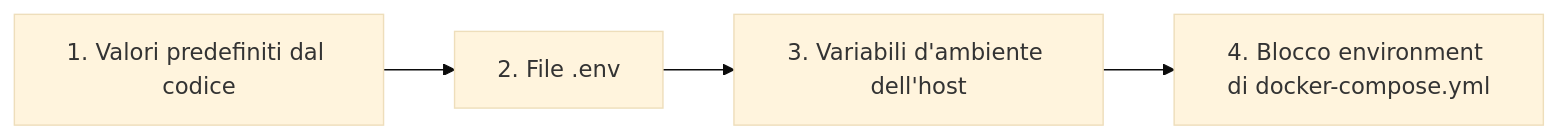
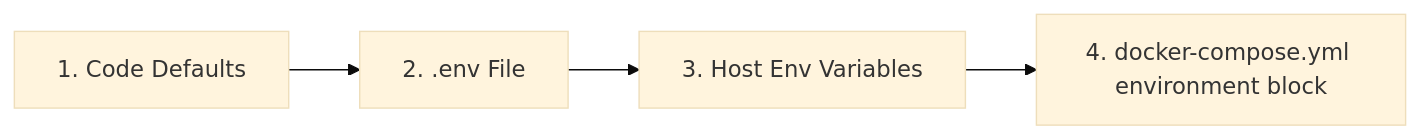
The diagram in mkdocs_src/docs/admin/docker_advanced.it.md (Librefolio/LibreFolio), drawn with Mermaid (base theme) before and after one commit. The commit also changed other lines of this file and 430 other files, not shown here.

````diff
--- a/mkdocs_src/docs/admin/docker_advanced.it.md
+++ b/mkdocs_src/docs/admin/docker_advanced.it.md
@@ -78,9 +39,9 @@
 ```mermaid
 graph LR
- CodeDefaults[1. Valori predefiniti dal codice] --> EnvFile[2. File .env]
- HostShell[3. Variabili d'ambiente dell'host]
- DockerCompose[4. Blocco environment di docker-compose.yml]
+    CodeDefaults[1. Code Defaults] --> EnvFile[2. .env File]
+    HostShell[3. Host Env Variables]
+    DockerCompose[4. docker-compose.yml environment block]
 
- EnvFile --> HostShell
- HostShell --> DockerCompose
+    EnvFile --> HostShell
+    HostShell --> DockerCompose
 ```
````
